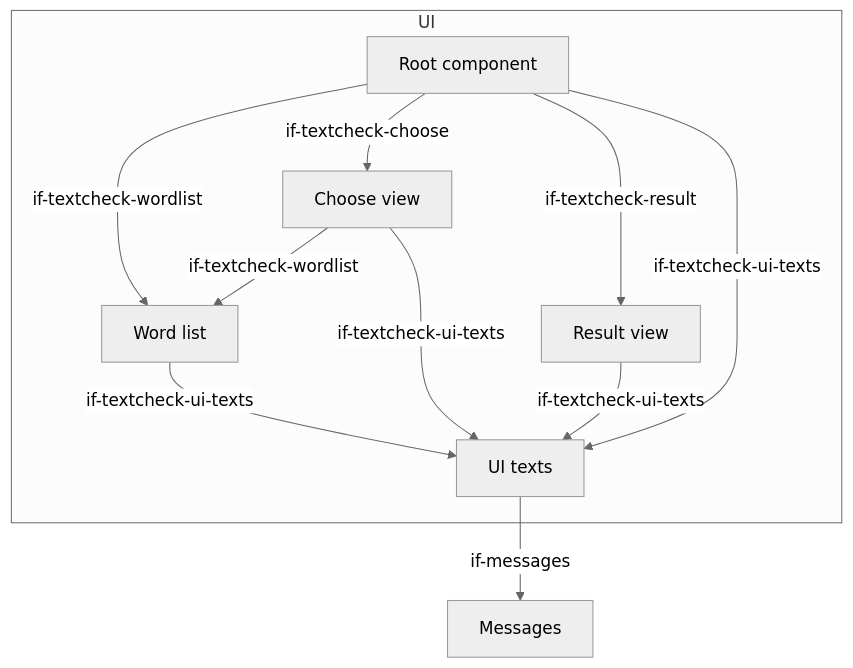
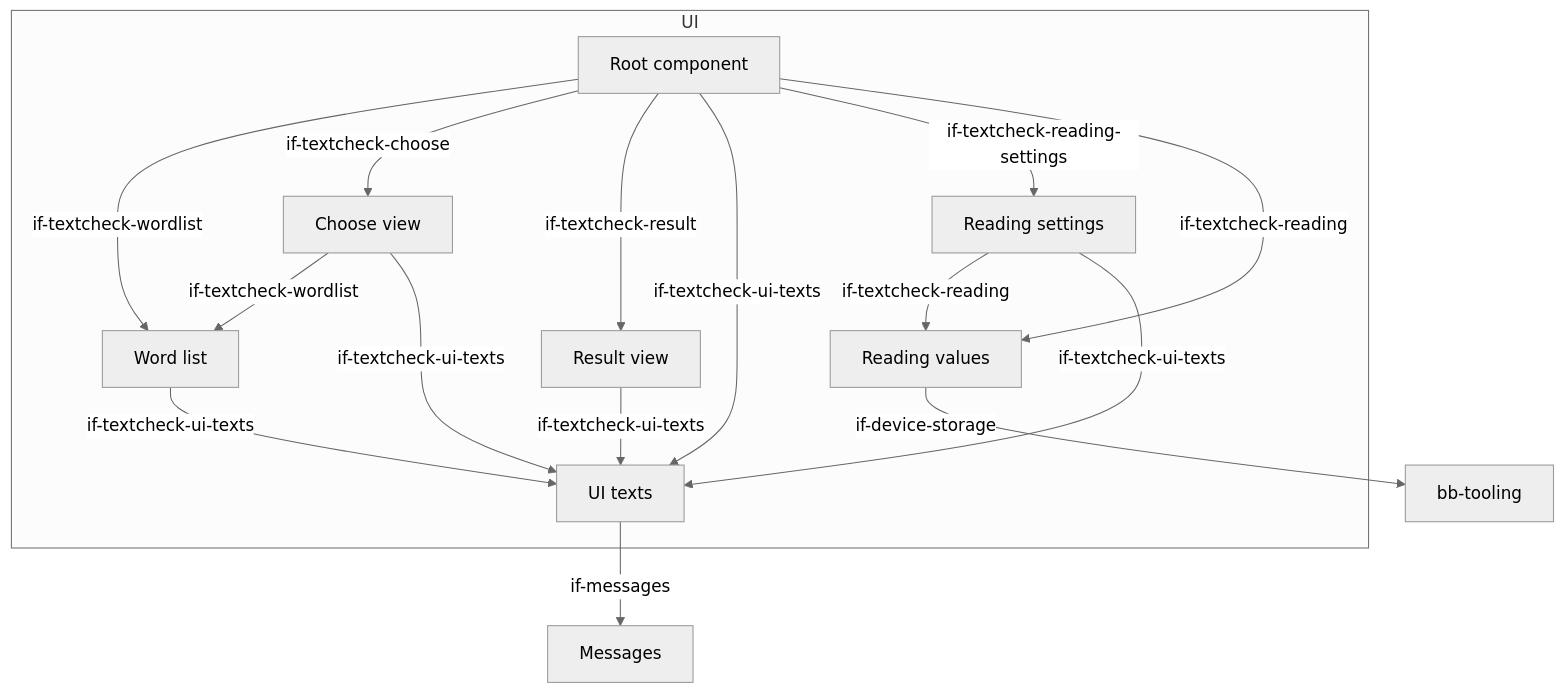
Before and after one commit to mrsimpson/textcheck: the fifth of 6 diagrams in docs/arc42/05-building-blocks.arc42.md, drawn with Mermaid (neutral theme). The commit also changed other lines of this file and 14 other files, not shown here.

````diff
--- a/docs/arc42/05-building-blocks.arc42.md
+++ b/docs/arc42/05-building-blocks.arc42.md
@@ -873,20 +873,27 @@
 ```mermaid
 flowchart TB
     subgraph bb-interactive-ui["UI"]
         bb-textcheck-root["Root component"]
         bb-textcheck-wordlist["Word list"]
         bb-textcheck-choose["Choose view"]
         bb-textcheck-result["Result view"]
         bb-textcheck-ui-texts["UI texts"]
+        bb-textcheck-reading-settings["Reading settings"]
+        bb-textcheck-reading["Reading values"]
     end
     bb-interactive-messages["Messages"]
     bb-textcheck-root -->|"if-textcheck-wordlist"| bb-textcheck-wordlist
     bb-textcheck-root -->|"if-textcheck-choose"| bb-textcheck-choose
     bb-textcheck-root -->|"if-textcheck-result"| bb-textcheck-result
     bb-textcheck-choose -->|"if-textcheck-wordlist"| bb-textcheck-wordlist
     bb-textcheck-choose -->|"if-textcheck-ui-texts"| bb-textcheck-ui-texts
     bb-textcheck-root -->|"if-textcheck-ui-texts"| bb-textcheck-ui-texts
     bb-textcheck-wordlist -->|"if-textcheck-ui-texts"| bb-textcheck-ui-texts
     bb-textcheck-result -->|"if-textcheck-ui-texts"| bb-textcheck-ui-texts
     bb-textcheck-ui-texts -->|"if-messages"| bb-interactive-messages
+    bb-textcheck-root -->|"if-textcheck-reading-settings"| bb-textcheck-reading-settings
+    bb-textcheck-root -->|"if-textcheck-reading"| bb-textcheck-reading
+    bb-textcheck-reading-settings -->|"if-textcheck-reading"| bb-textcheck-reading
+    bb-textcheck-reading-settings -->|"if-textcheck-ui-texts"| bb-textcheck-ui-texts
+    bb-textcheck-reading -->|"if-device-storage"| bb-tooling
 ```
````
